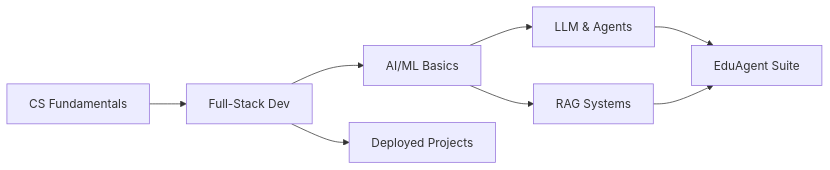
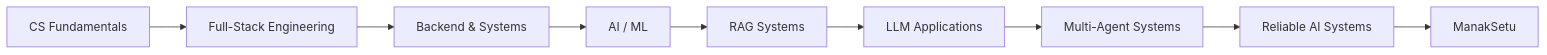
One commit to lazy0ne369/lazy0ne369 changed the diagram in README.md. Above: the diagram before and after it, drawn with Mermaid. The commit also changed other lines of this file, not shown here.

````diff
--- a/README.md
+++ b/README.md
@@ -211,10 +176,11 @@
 ```mermaid
 graph LR
-    A[CS Fundamentals] --> B[Full-Stack Dev]
-    B --> C[AI/ML Basics]
-    C --> D[LLM & Agents]
-    D --> E[EduAgent Suite]
-    C --> F[RAG Systems]
-    F --> E
-    B --> G[Deployed Projects]
+    A[CS Fundamentals] --> B[Full-Stack Engineering]
+    B --> C[Backend & Systems]
+    C --> D[AI / ML]
+    D --> E[RAG Systems]
+    E --> F[LLM Applications]
+    F --> G[Multi-Agent Systems]
+    G --> H[Reliable AI Systems]
+    H --> I[ManakSetu]
 ```
````
